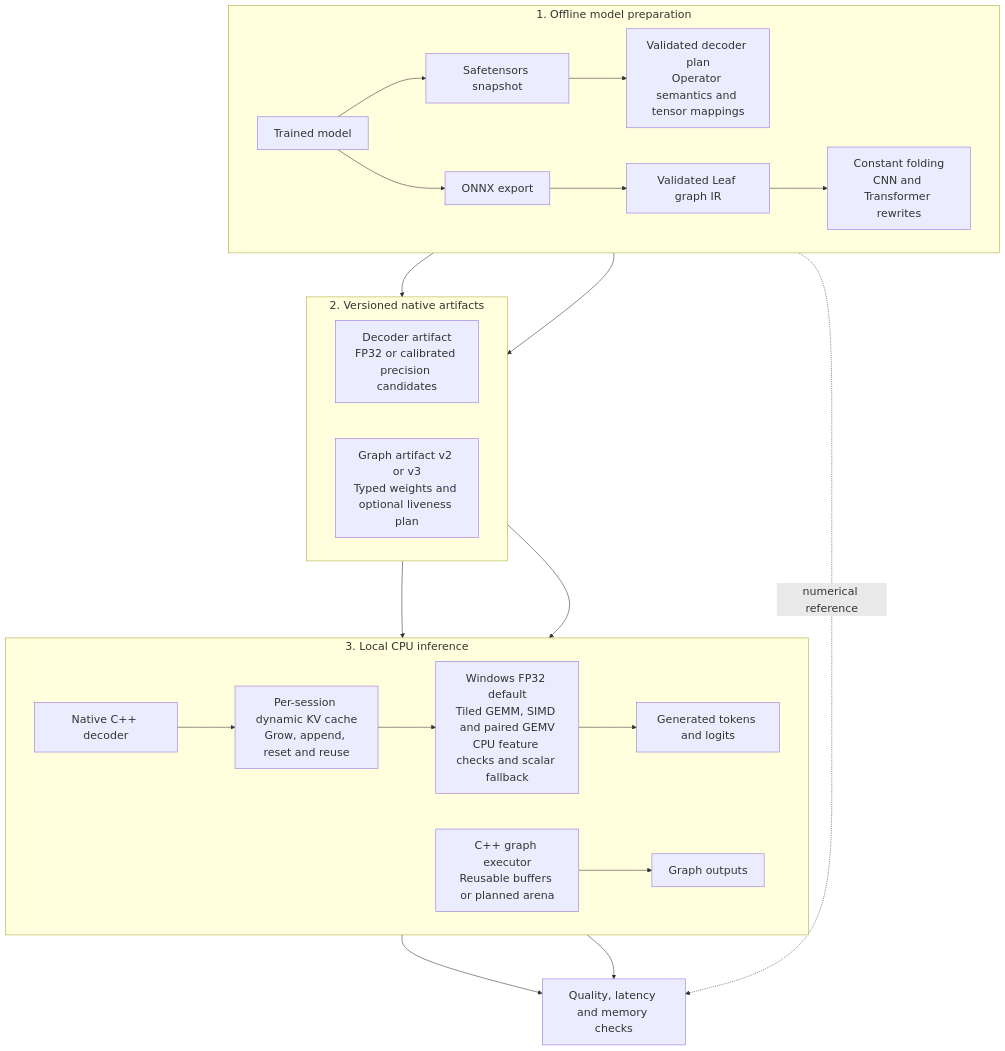
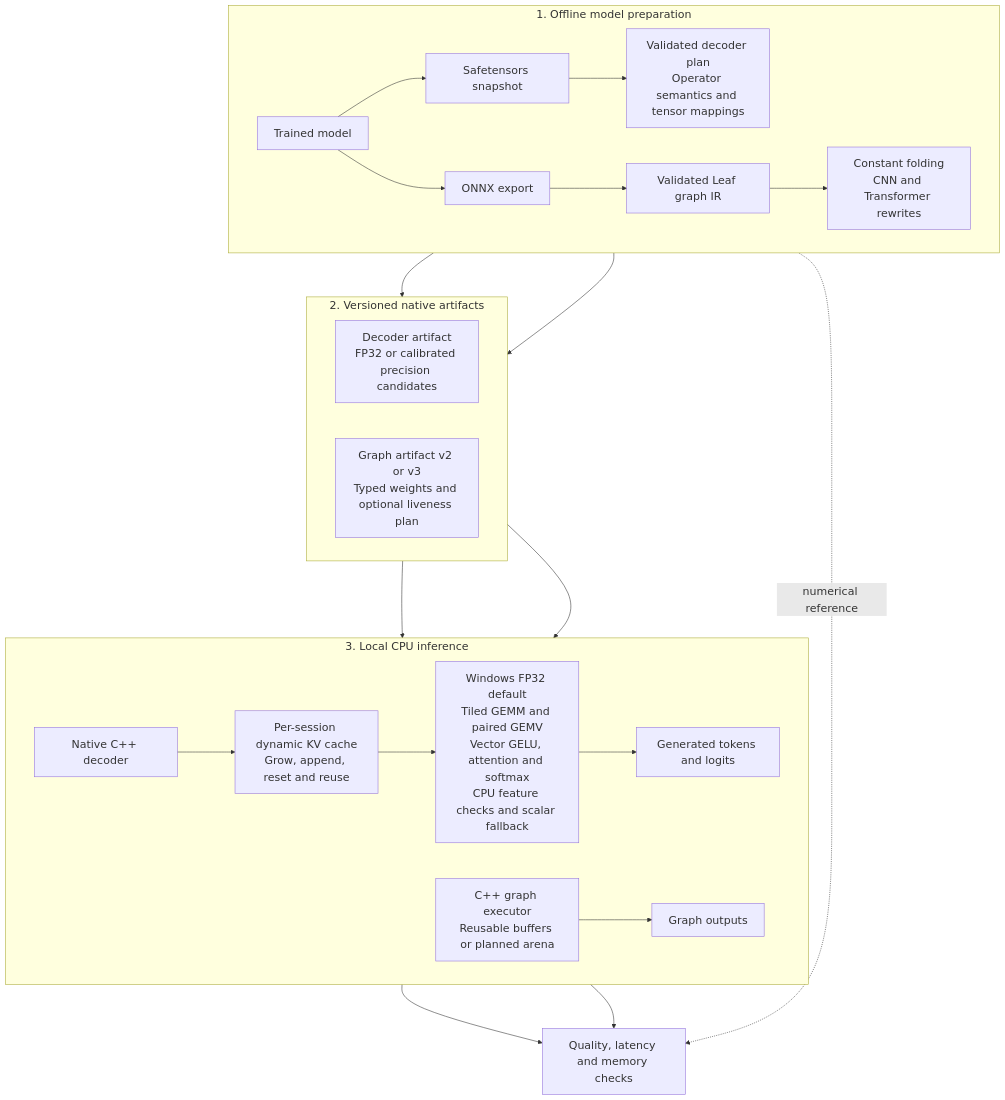
One commit to Nbit-51/Leaf changed the first of 2 diagrams in README.md. Above: the diagram before and after it, drawn with Mermaid. The commit also changed other lines of this file and 20 other files, not shown here.

Commit message:
Accelerate default Windows prefill attention and validate PyTorch speedup

````diff
--- a/README.md
+++ b/README.md
@@ -326,28 +335,28 @@
 ```mermaid
 %%{init: {"themeVariables": {"fontSize": "20px"}, "flowchart": {"nodeSpacing": 65, "rankSpacing": 80}}}%%
 flowchart TB
     subgraph BUILD["1. Offline model preparation"]
       direction LR
       MODEL["Trained model"] --> SNAP["Safetensors snapshot"]
       SNAP --> PLAN["Validated decoder plan<br/>Operator semantics and tensor mappings"]
       MODEL --> ONNX["ONNX export"] --> IR["Validated Leaf graph IR"]
       IR --> OPT["Constant folding<br/>CNN and Transformer rewrites"]
     end
     subgraph ARTIFACT["2. Versioned native artifacts"]
       direction LR
       PLAN --> DEC["Decoder artifact<br/>FP32 or calibrated precision candidates"]
       OPT --> GRAPH["Graph artifact v2 or v3<br/>Typed weights and optional liveness plan"]
     end
     subgraph DEPLOY["3. Local CPU inference"]
       direction LR
       DEC --> RUNTIME["Native C++ decoder"]
       RUNTIME --> CACHE["Per-session dynamic KV cache<br/>Grow, append, reset and reuse"]
-      CACHE --> KERNEL["Windows FP32 default<br/>Tiled GEMM, SIMD and paired GEMV<br/>CPU feature checks and scalar fallback"]
+      CACHE --> KERNEL["Windows FP32 default<br/>Tiled GEMM and paired GEMV<br/>Vector GELU, attention and softmax<br/>CPU feature checks and scalar fallback"]
       GRAPH --> EXEC["C++ graph executor<br/>Reusable buffers or planned arena"]
       KERNEL --> OUTPUT["Generated tokens and logits"]
       EXEC --> RESULTS["Graph outputs"]
     end
     MODEL -. "numerical reference" .-> CHECK["Quality, latency and memory checks"]
     OUTPUT --> CHECK
     RESULTS --> CHECK
 ```
````
